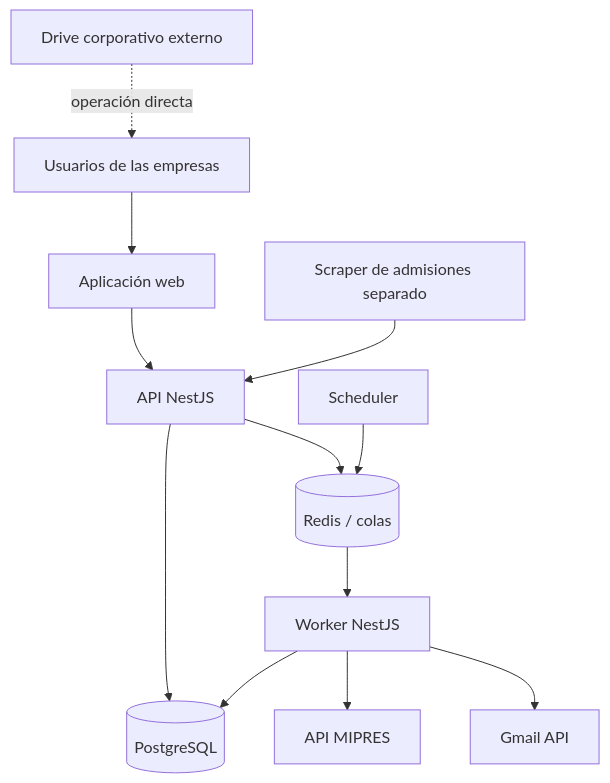
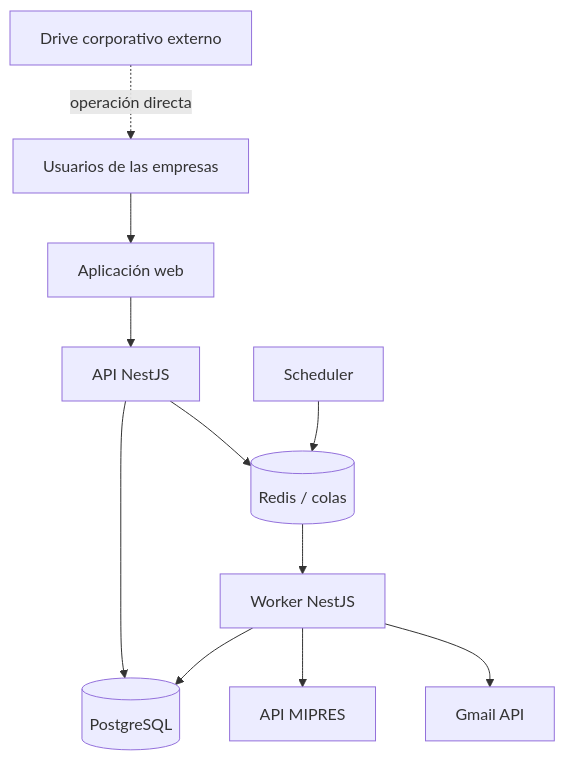
The first of 4 diagrams in docs/architecture/arquitectura_plataforma_autorizaciones.md (andresalvarezb/mtd-olp-medicarte), drawn with Mermaid before and after one commit. The commit also changed other lines of this file and 24 other files, not shown here.

````diff
--- a/docs/architecture/arquitectura_plataforma_autorizaciones.md
+++ b/docs/architecture/arquitectura_plataforma_autorizaciones.md
@@ -55,14 +55,13 @@
 ```mermaid
 flowchart TB
     U["Usuarios de las empresas"] --> W["Aplicación web"]
     W --> A["API NestJS"]
     A --> P[("PostgreSQL")]
     A --> R[("Redis / colas")]
     R --> K["Worker NestJS"]
     K --> P
     K --> M["API MIPRES"]
     K --> G["Gmail API"]
+    S["Scheduler"] --> R
     D["Drive corporativo externo"] -. operación directa .-> U
-    S["Scheduler"] --> R
-    X["Scraper de admisiones separado"] --> A
 ```
````
